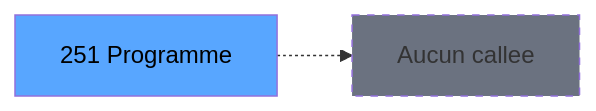
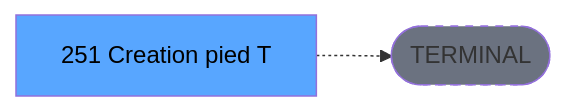
One commit to thonyAGP/lecteur-magic changed the third of 3 diagrams in .openspec/specs/ADH-IDE-251.md. Above: the diagram before and after it, drawn with Mermaid. The commit also changed other lines of this file and 701 other files, not shown here.

````diff
--- a/.openspec/specs/ADH-IDE-251.md
+++ b/.openspec/specs/ADH-IDE-251.md
@@ -151,8 +134,8 @@
 ```mermaid
 graph LR
-    T[251 Programme]
-    NONE[Aucun callee]
-    T -.-> NONE
+    T[251 Creation pied T]
+    TERM([TERMINAL])
+    T -.-> TERM
+    style TERM fill:#6b7280,stroke-dasharray: 5 5
     style T fill:#58a6ff,color:#000
-    style NONE fill:#6b7280,stroke-dasharray: 5 5
 ```
````
